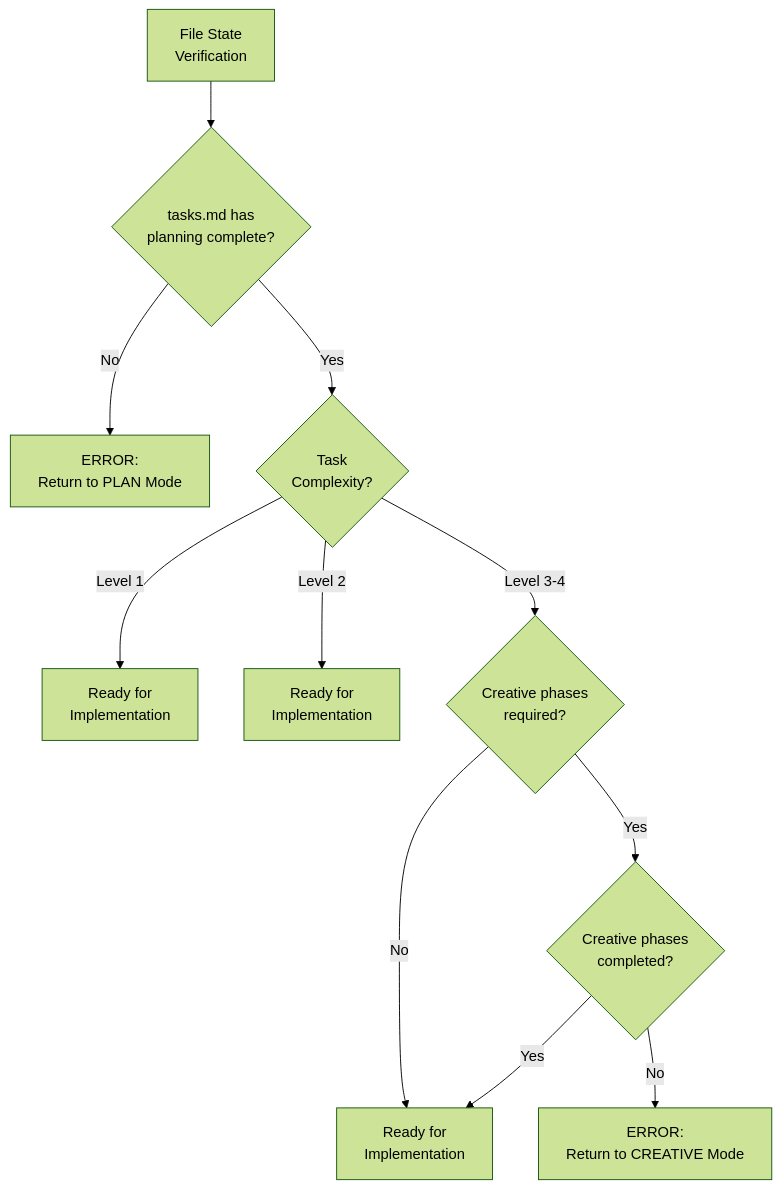
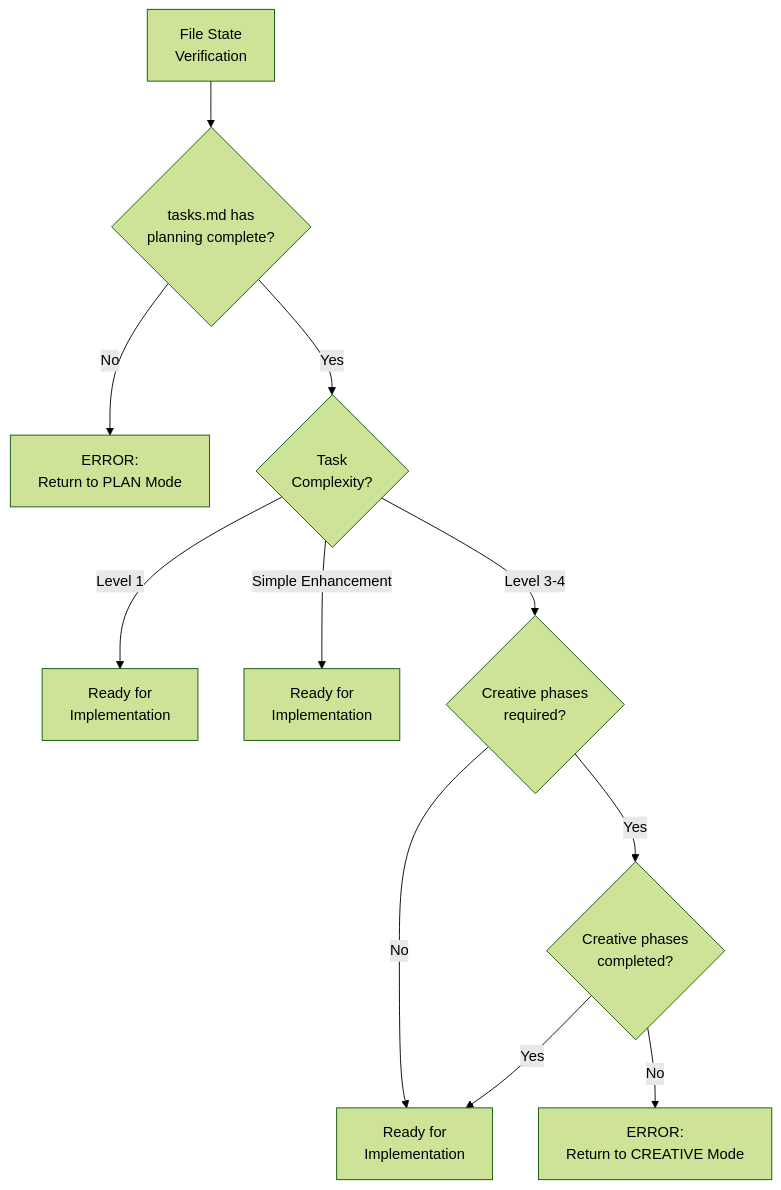
The second of 5 diagrams in .cursor/rules/isolation_rules/visual-maps/implement-mode-map.mdc (kobzevvv/coding-agent-rules-bank), drawn with Mermaid (forest theme) before and after one commit. The commit also changed other lines of this file and 30 other files, not shown here.

````diff
--- a/.cursor/rules/isolation_rules/visual-maps/implement-mode-map.mdc
+++ b/.cursor/rules/isolation_rules/visual-maps/implement-mode-map.mdc
@@ -78,19 +78,19 @@
 ```mermaid
 graph TD
     Start["File State<br>Verification"] --> CheckTasks{"tasks.md has<br>planning complete?"}
     
     CheckTasks -->|"No"| ErrorPlan["ERROR:<br>Return to PLAN Mode"]
     CheckTasks -->|"Yes"| CheckLevel{"Task<br>Complexity?"}
     
     CheckLevel -->|"Level 1"| L1Ready["Ready for<br>Implementation"]
     
-    CheckLevel -->|"Level 2"| L2Ready["Ready for<br>Implementation"]
+    CheckLevel -->|"Simple Enhancement"| L2Ready["Ready for<br>Implementation"]
     
     CheckLevel -->|"Level 3-4"| CheckCreative{"Creative phases<br>required?"}
     
     CheckCreative -->|"No"| L34Ready["Ready for<br>Implementation"]
     CheckCreative -->|"Yes"| VerifyCreative{"Creative phases<br>completed?"}
     
     VerifyCreative -->|"No"| ErrorCreative["ERROR:<br>Return to CREATIVE Mode"]
     VerifyCreative -->|"Yes"| L34Ready
 ```
````
